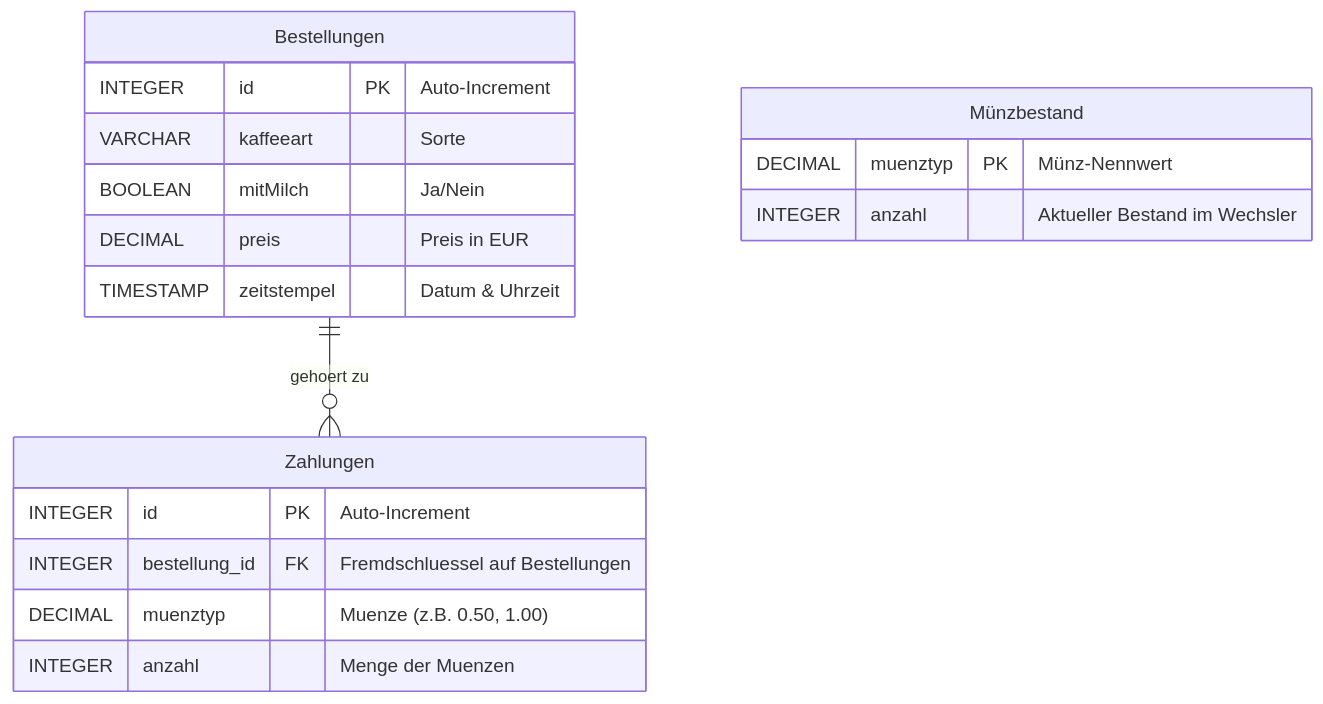
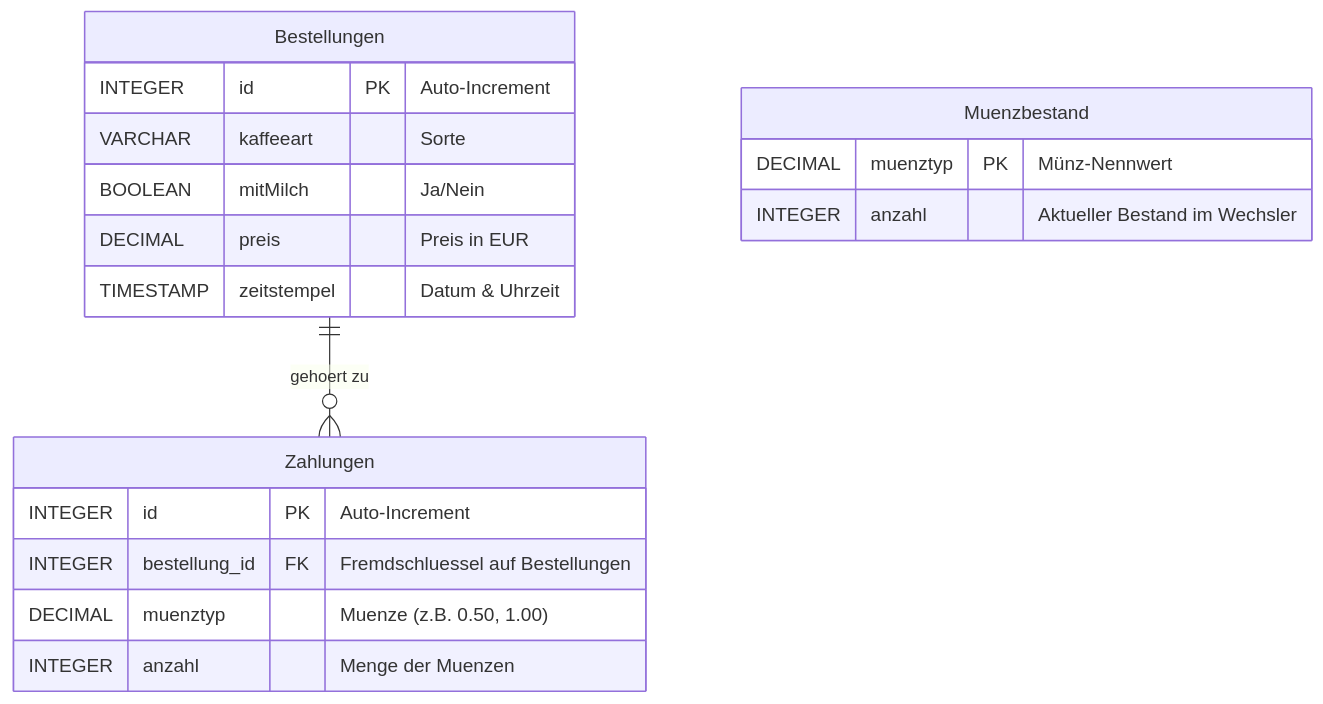
Before and after one commit to Georg07GR/smart-coffee-system: the second of 3 diagrams in README.md, drawn with Mermaid. The commit also changed other lines of this file, not shown here.

````diff
--- a/README.md
+++ b/README.md
@@ -41,21 +41,21 @@
 ```mermaid
 erDiagram
     Bestellungen ||--o{ Zahlungen : "gehoert zu"
     Bestellungen {
         INTEGER id PK "Auto-Increment"
         VARCHAR kaffeeart "Sorte"
         BOOLEAN mitMilch "Ja/Nein"
         DECIMAL preis "Preis in EUR"
         TIMESTAMP zeitstempel "Datum & Uhrzeit"
     }
     Zahlungen {
         INTEGER id PK "Auto-Increment"
         INTEGER bestellung_id FK "Fremdschluessel auf Bestellungen"
         DECIMAL muenztyp "Muenze (z.B. 0.50, 1.00)"
         INTEGER anzahl "Menge der Muenzen"
     }
-    Münzbestand {
+    Muenzbestand {
         DECIMAL muenztyp PK "Münz-Nennwert"
         INTEGER anzahl "Aktueller Bestand im Wechsler"
     }
 ```
````
